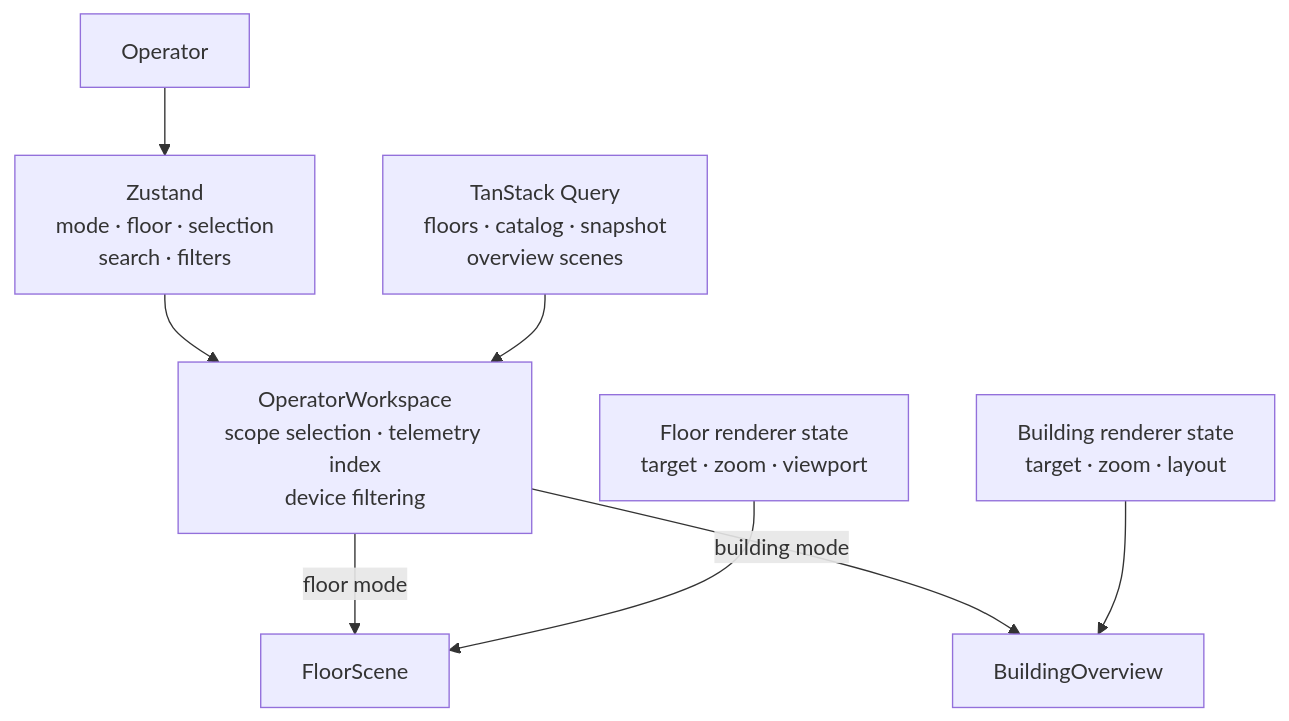
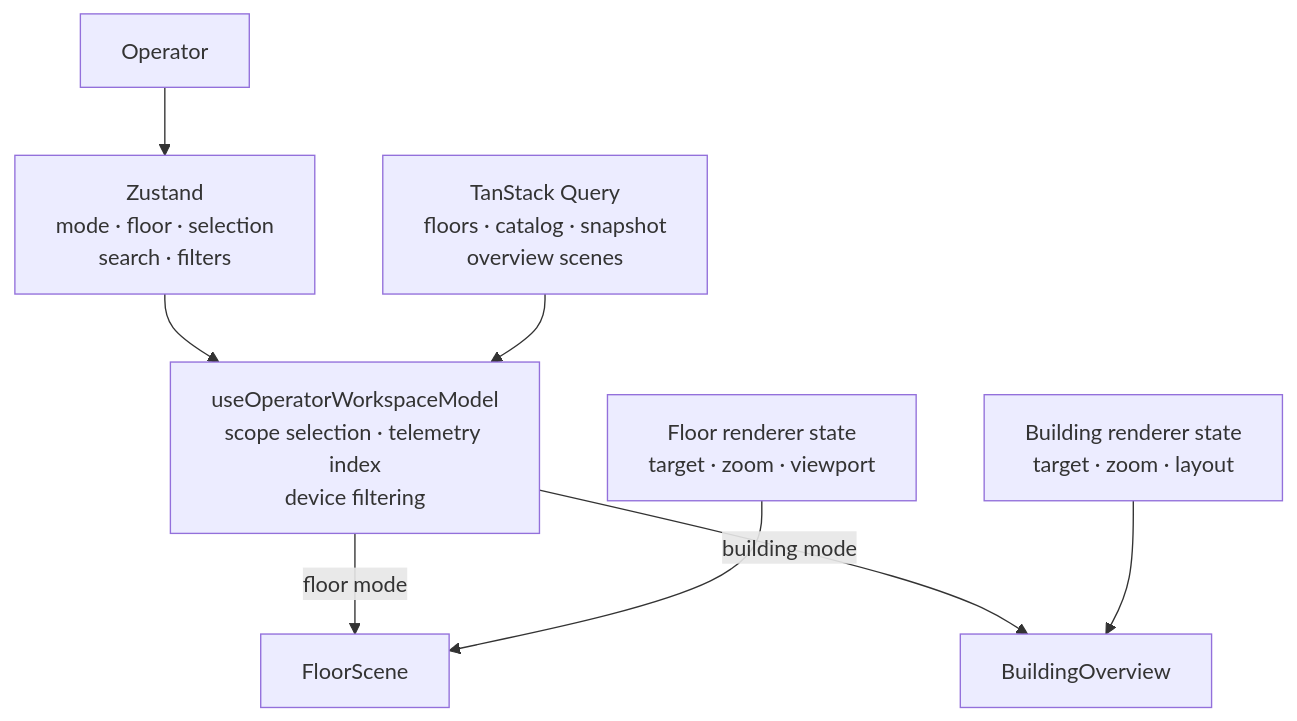
The second of 3 diagrams in docs/frontend-architecture.md (mbob72/building-operator-demo), drawn with Mermaid before and after one commit. The commit also changed other lines of this file and 18 other files, not shown here.

````diff
--- a/docs/frontend-architecture.md
+++ b/docs/frontend-architecture.md
@@ -95,19 +97,19 @@
 ```mermaid
 flowchart TD
     User["Operator"]
     Store["Zustand<br/>mode · floor · selection<br/>search · filters"]
     Query["TanStack Query<br/>floors · catalog · snapshot<br/>overview scenes"]
-    Workspace["OperatorWorkspace<br/>scope selection · telemetry index<br/>device filtering"]
+    Workspace["useOperatorWorkspaceModel<br/>scope selection · telemetry index<br/>device filtering"]
     FloorCamera["Floor renderer state<br/>target · zoom · viewport"]
     BuildingCamera["Building renderer state<br/>target · zoom · layout"]
     Floor["FloorScene"]
     Overview["BuildingOverview"]
 
     User --> Store
     Store --> Workspace
     Query --> Workspace
     Workspace -->|floor mode| Floor
     Workspace -->|building mode| Overview
     FloorCamera --> Floor
     BuildingCamera --> Overview
 ```
````
